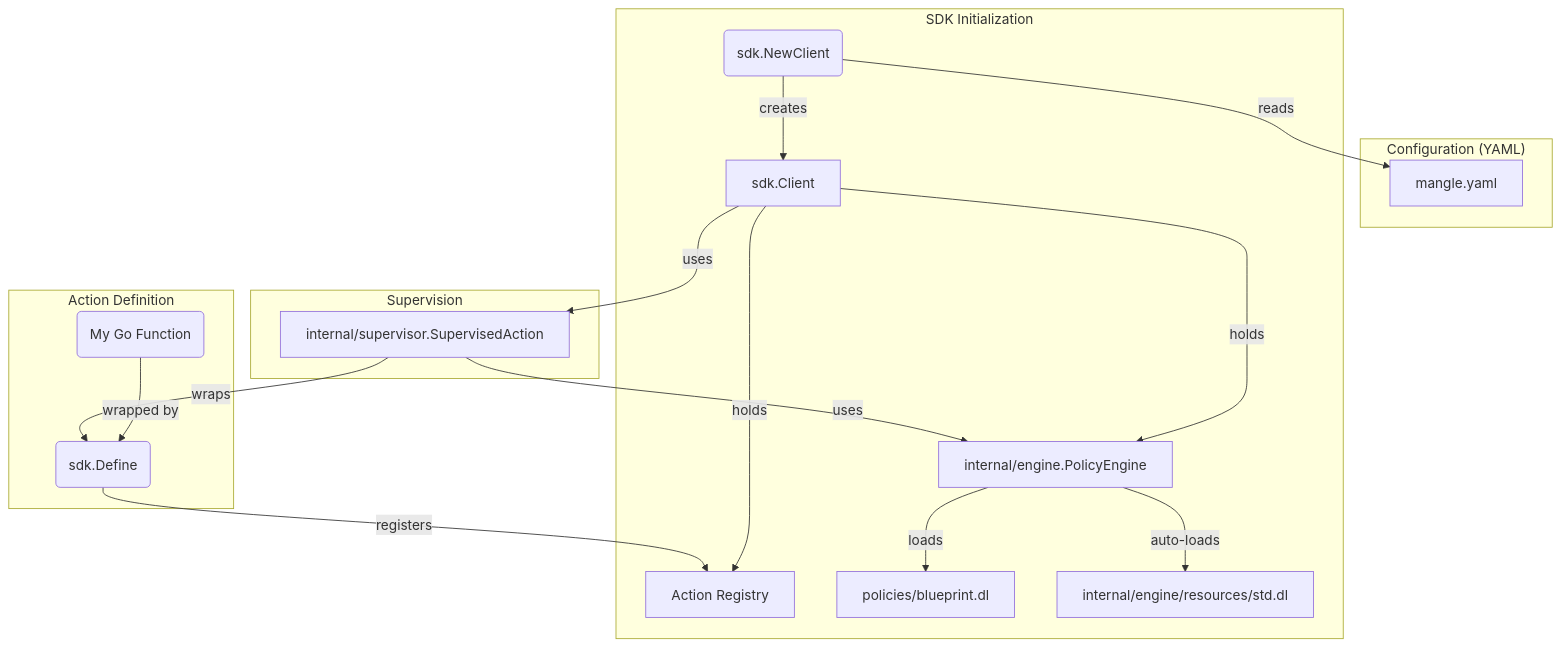
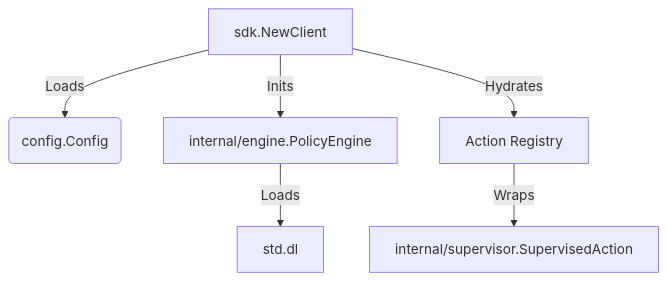
One commit to duynguyendang/manglekit changed the first of 2 diagrams in docs/CONTEXT.md. Above: the diagram before and after it, drawn with Mermaid. The commit also changed other lines of this file, not shown here.

Commit message:
chore(context): auto-sync CONTEXT.md

````diff
--- a/docs/CONTEXT.md
+++ b/docs/CONTEXT.md
@@ -188,26 +97,8 @@
 ```mermaid
 graph TD
-    subgraph "Configuration (YAML)"
-        A[mangle.yaml]
-    end
-
-    subgraph "SDK Initialization"
-        B(sdk.NewClient) -- reads --> A
-        B -- creates --> C[sdk.Client]
-        C -- holds --> D[Action Registry]
-        C -- holds --> E[internal/engine.PolicyEngine]
-        E -- loads --> F[policies/blueprint.dl]
-        E -- auto-loads --> G[internal/engine/resources/std.dl]
-    end
-
-    subgraph "Action Definition"
-        H(My Go Function) -- wrapped by --> I(sdk.Define)
-        I -- registers --> D
-    end
-
-    subgraph "Supervision"
-        J[internal/supervisor.SupervisedAction] -- wraps --> I
-        J -- uses --> E
-        C -- uses --> J
-    end
+    A[sdk.NewClient] -->|Loads| B(config.Config)
+    A -->|Inits| C[internal/engine.PolicyEngine]
+    C -->|Loads| D[std.dl]
+    A -->|Hydrates| E[Action Registry]
+    E -->|Wraps| F[internal/supervisor.SupervisedAction]
 ```
````
